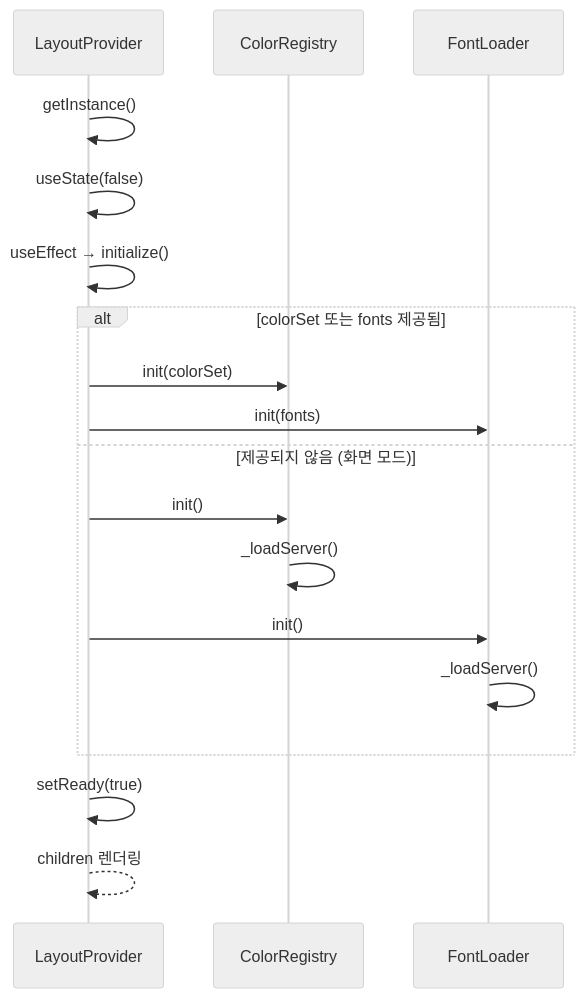
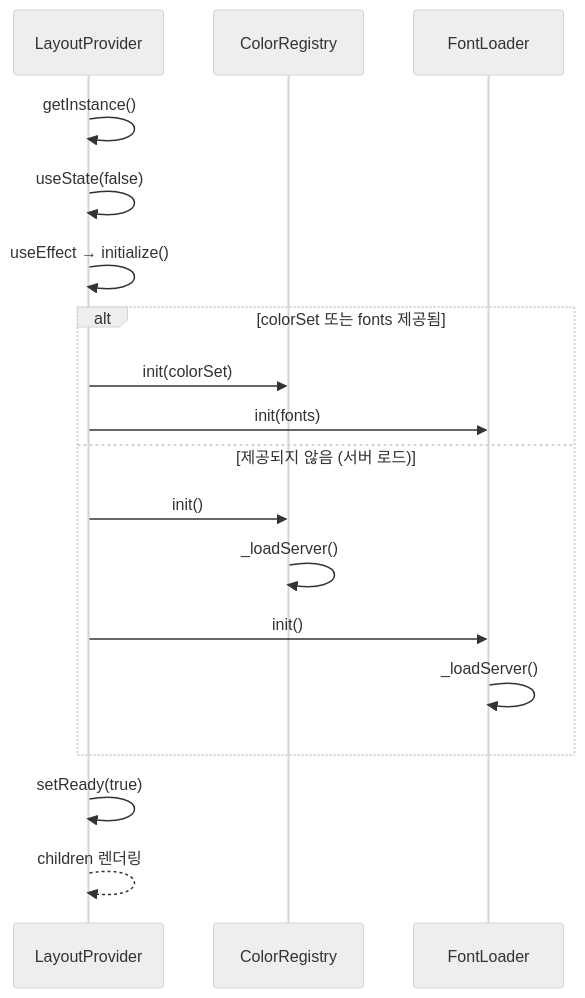
One commit to kyiimn/layout-element changed the fifth of 5 diagrams in docs/RESOURCE.md. Above: the diagram before and after it, drawn with Mermaid (neutral theme). The commit also changed other lines of this file and 22 other files, not shown here.

````diff
--- a/docs/RESOURCE.md
+++ b/docs/RESOURCE.md
@@ -442,23 +440,23 @@
 ```mermaid
 sequenceDiagram
     participant RP as LayoutProvider
     participant CR as ColorRegistry
     participant FL as FontLoader
 
     RP->>RP: getInstance()
     RP->>RP: useState(false)
     RP->>RP: useEffect → initialize()
 
     alt colorSet 또는 fonts 제공됨
         RP->>CR: init(colorSet)
         RP->>FL: init(fonts)
-    else 제공되지 않음 (화면 모드)
+    else 제공되지 않음 (서버 로드)
         RP->>CR: init()
         CR->>CR: _loadServer()
         RP->>FL: init()
         FL->>FL: _loadServer()
     end
 
     RP->>RP: setReady(true)
     RP-->>RP: children 렌더링
 ```
````
